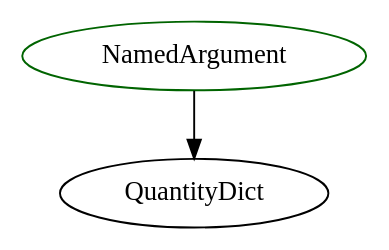
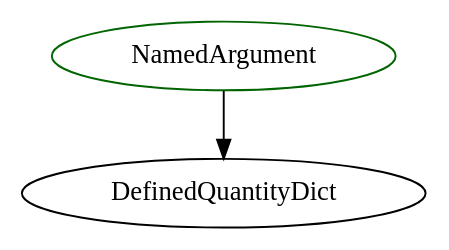
Before and after one commit to JacquesCarette/Drasil: the diagram in analysis/TypeDependencyGraphs/code/NamedArgument.dot, drawn with Graphviz. The commit also changed 1031 other files, not shown here.

```diff
--- a/analysis/TypeDependencyGraphs/code/NamedArgument.dot
+++ b/analysis/TypeDependencyGraphs/code/NamedArgument.dot
@@ -1,4 +1,4 @@
 digraph namedargument{
 NamedArgument	[shape=oval, color=darkgreen, label="NamedArgument"];
-NamedArgument -> QuantityDict;
+NamedArgument -> DefinedQuantityDict;
 }
```
